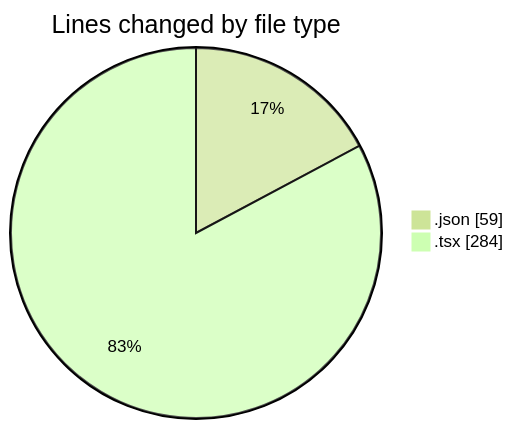
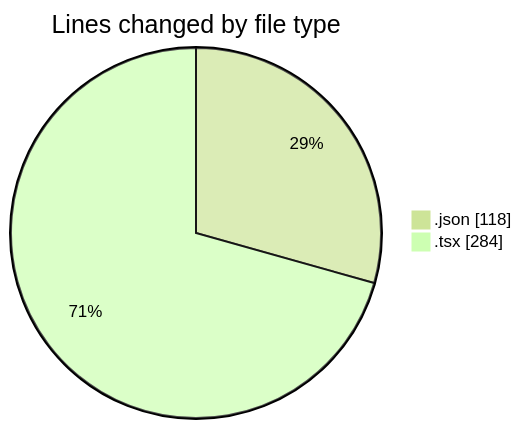
The first of 2 diagrams in 2025-11-19/cda/README.md (momahboobian/code-tracking), drawn with Mermaid (forest theme) before and after one commit. The commit also changed other lines of this file and 1 other file, not shown here.

````diff
--- a/2025-11-19/cda/README.md
+++ b/2025-11-19/cda/README.md
@@ -21,6 +21,6 @@
 ```mermaid
 pie showData
 title Lines changed by file type
-".json" : 59
+".json" : 118
 ".tsx" : 284
 ```
````
